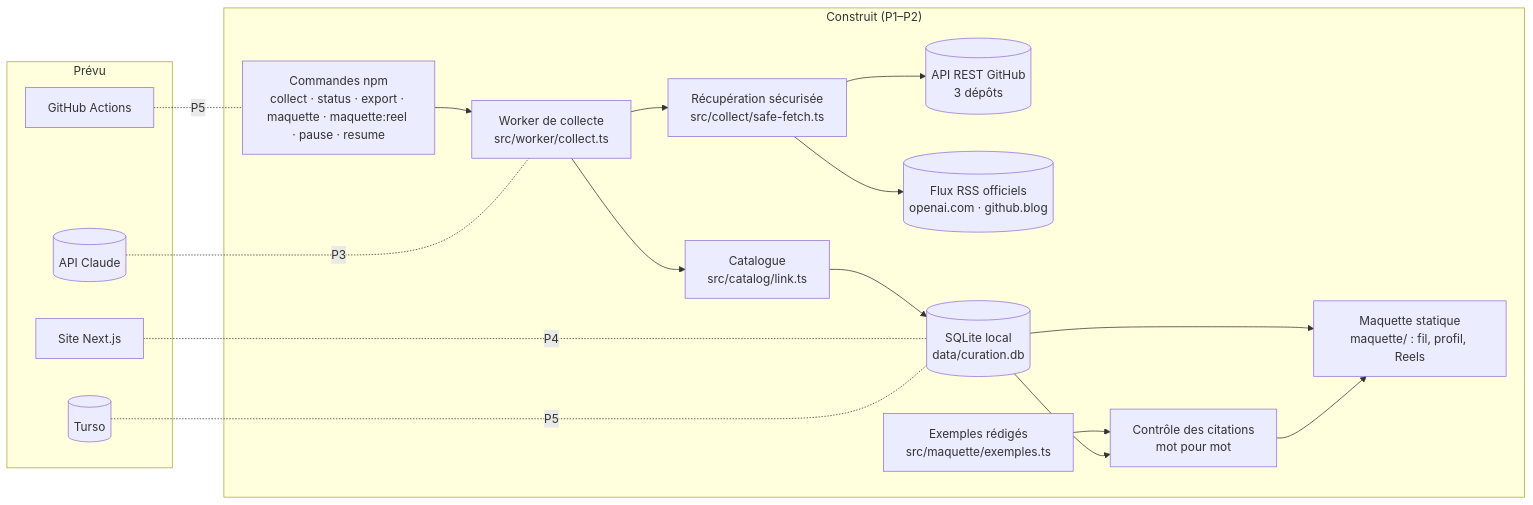
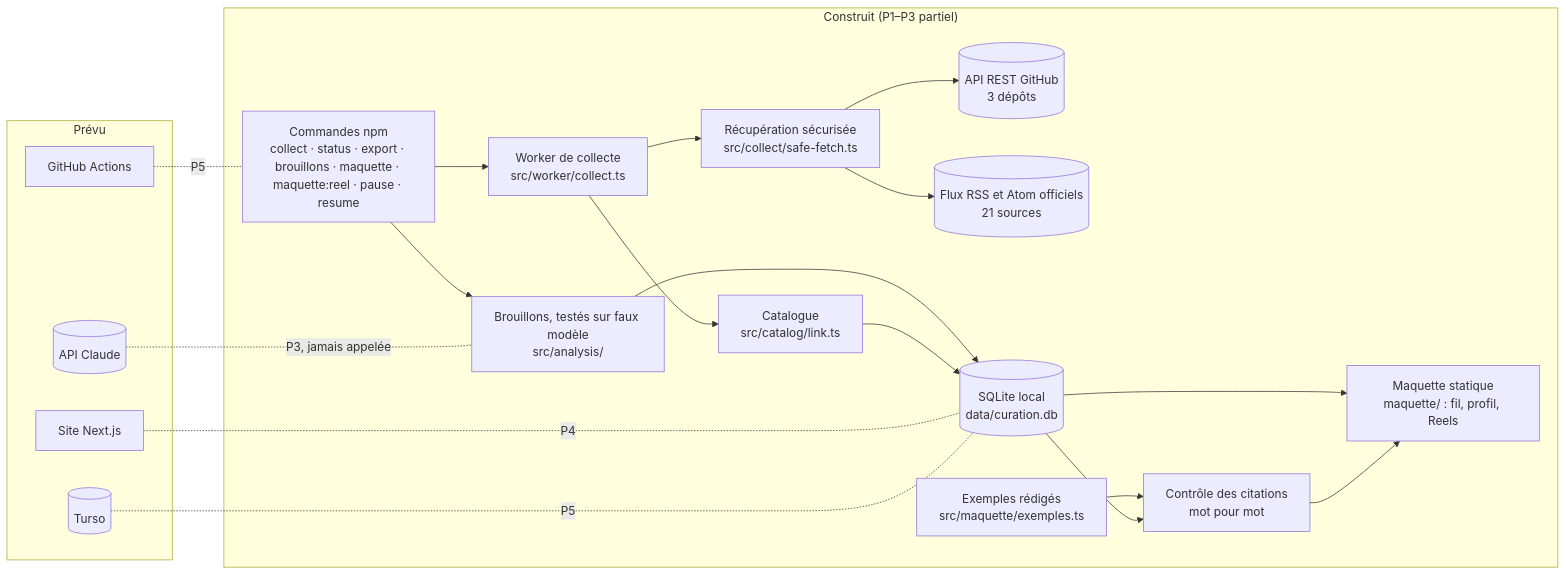
Before and after one commit to Aloncoh/curation-ia: the first of 4 diagrams in docs/architecture.md, drawn with Mermaid. The commit also changed other lines of this file and 40 other files, not shown here.

First line of the commit message:
P3 (en cours) : collecte de 24 sources, brouillons sur faux modèle, Reddit différé

````diff
--- a/docs/architecture.md
+++ b/docs/architecture.md
@@ -7,21 +7,23 @@
 ```mermaid
 flowchart LR
-  subgraph Construit["Construit (P1–P2)"]
-    CLI["Commandes npm<br/>collect · status · export · maquette · maquette:reel · pause · resume"] --> W["Worker de collecte<br/>src/worker/collect.ts"]
+  subgraph Construit["Construit (P1–P3 partiel)"]
+    CLI["Commandes npm<br/>collect · status · export · brouillons · maquette · maquette:reel · pause · resume"] --> W["Worker de collecte<br/>src/worker/collect.ts"]
     W --> SF["Récupération sécurisée<br/>src/collect/safe-fetch.ts"]
     SF --> GH[(API REST GitHub<br/>3 dépôts)]
-    SF --> RSS[(Flux RSS officiels<br/>openai.com · github.blog)]
+    SF --> RSS[(Flux RSS et Atom officiels<br/>21 sources)]
+    CLI --> BR["Brouillons, testés sur faux modèle<br/>src/analysis/"]
+    BR --> DB
     W --> CAT["Catalogue<br/>src/catalog/link.ts"]
     CAT --> DB[(SQLite local<br/>data/curation.db)]
     DB --> MAQ["Maquette statique<br/>maquette/ : fil, profil, Reels"]
     EX["Exemples rédigés<br/>src/maquette/exemples.ts"] --> VERIF["Contrôle des citations<br/>mot pour mot"]
     DB --> VERIF
     VERIF --> MAQ
   end
   subgraph Prevu["Prévu"]
-    LLM[(API Claude)] -.P3.- W
+    LLM[(API Claude)] -.P3, jamais appelée.- BR
     WEB["Site Next.js"] -.P4.- DB
     GHA["GitHub Actions"] -.P5.- CLI
     TURSO[(Turso)] -.P5.- DB
   end
 ```
````
